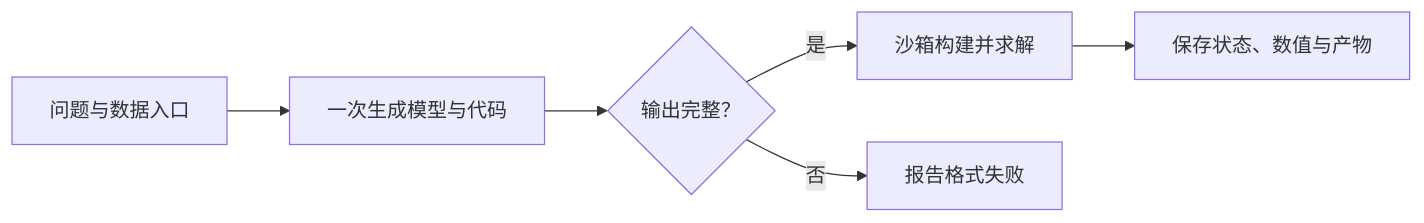
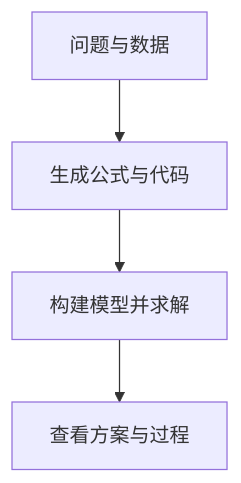
The diagram in website/content/zh/direct.md (Fangziyang0910/LLM4OM), drawn with Mermaid before and after one commit. The commit also changed other lines of this file and 231 other files, not shown here.

````diff
--- a/website/content/zh/direct.md
+++ b/website/content/zh/direct.md
@@ -15,8 +15,8 @@
 ```mermaid
-flowchart LR
-  Read["问题与数据入口"] --> Generate["一次生成模型与代码"]
-  Generate --> Format{"输出完整？"}
-  Format -->|是| Solve["沙箱构建并求解"]
-  Format -->|否| Fail["报告格式失败"]
-  Solve --> Result["保存状态、数值与产物"]
+flowchart TB
+  Read["问题与数据"]
+  Generate["生成公式与代码"]
+  Solve["构建模型并求解"]
+  Result["查看方案与过程"]
+  Read --> Generate --> Solve --> Result
 ```
````
